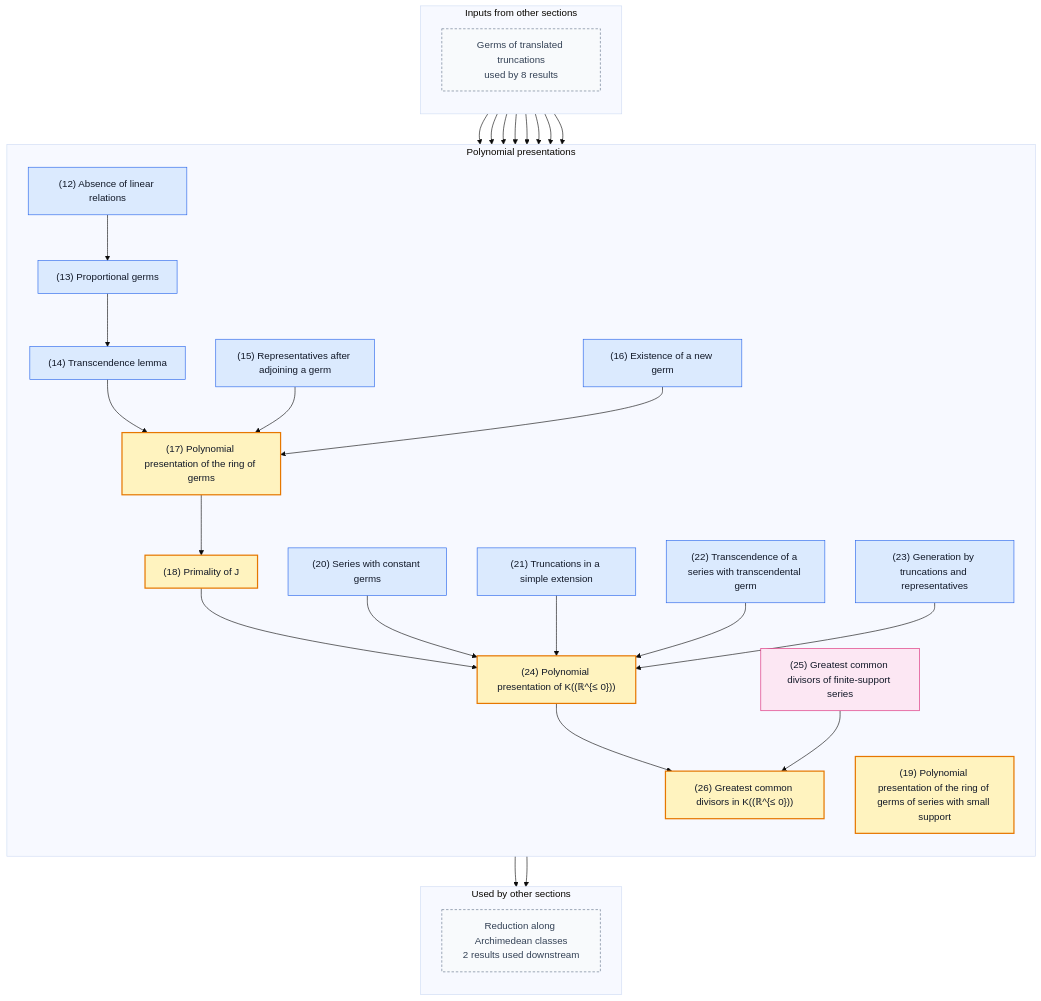
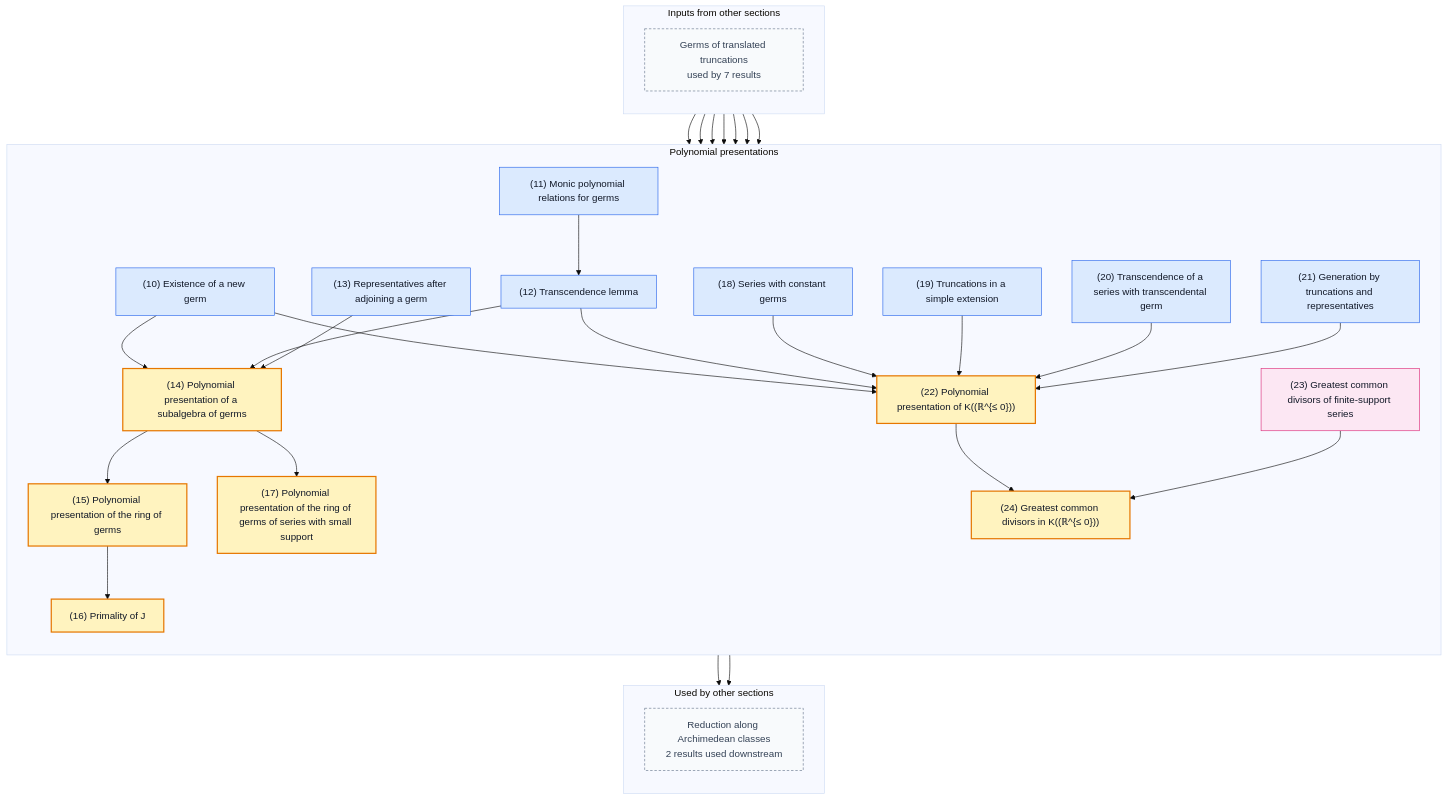
One commit to gaearon/conway-refinement changed the third of 5 diagrams in README.md. Above: the diagram before and after it, drawn with Mermaid (base theme). The commit also changed other lines of this file and 16 other files, not shown here.

````diff
--- a/README.md
+++ b/README.md
@@ -261,79 +252,80 @@
 ```mermaid
 %% Generated by scripts/blueprint.sh; do not edit.
 %% Other sections are compressed to boundary nodes.
 %% Solid arrows are proof dependencies; dashed arrows are statement dependencies.
 flowchart TB
   subgraph inputs["Inputs from other sections"]
     direction TB
-    in0["Germs of translated truncations<br/>used by 8 results"]:::boundary
+    in0["Germs of translated truncations<br/>used by 7 results"]:::boundary
   end
   subgraph current["Polynomial presentations"]
     direction TB
-    n012["(12) Absence of linear relations"]:::lemma
-    n013["(13) Proportional germs"]:::lemma
-    n014["(14) Transcendence lemma"]:::lemma
-    n015["(15) Representatives after adjoining a germ"]:::lemma
-    n016["(16) Existence of a new germ"]:::lemma
-    n017["(17) Polynomial presentation of the ring of germs"]:::theorem
-    n018["(18) Primality of J"]:::theorem
-    n019["(19) Polynomial presentation of the ring of germs of series with small support"]:::theorem
-    n020["(20) Series with constant germs"]:::lemma
-    n021["(21) Truncations in a simple extension"]:::lemma
-    n022["(22) Transcendence of a series with transcendental germ"]:::lemma
-    n023["(23) Generation by truncations and representatives"]:::lemma
-    n024["(24) Polynomial presentation of K((ℝ^{≤ 0}))"]:::theorem
-    n025["(25) Greatest common divisors of finite-support series"]:::fact
-    n026["(26) Greatest common divisors in K((ℝ^{≤ 0}))"]:::theorem
+    n010["(10) Existence of a new germ"]:::lemma
+    n011["(11) Monic polynomial relations for germs"]:::lemma
+    n012["(12) Transcendence lemma"]:::lemma
+    n013["(13) Representatives after adjoining a germ"]:::lemma
+    n014["(14) Polynomial presentation of a subalgebra of germs"]:::theorem
+    n015["(15) Polynomial presentation of the ring of germs"]:::theorem
+    n016["(16) Primality of J"]:::theorem
+    n017["(17) Polynomial presentation of the ring of germs of series with small support"]:::theorem
+    n018["(18) Series with constant germs"]:::lemma
+    n019["(19) Truncations in a simple extension"]:::lemma
+    n020["(20) Transcendence of a series with transcendental germ"]:::lemma
+    n021["(21) Generation by truncations and representatives"]:::lemma
+    n022["(22) Polynomial presentation of K((ℝ^{≤ 0}))"]:::theorem
+    n023["(23) Greatest common divisors of finite-support series"]:::fact
+    n024["(24) Greatest common divisors in K((ℝ^{≤ 0}))"]:::theorem
   end
   subgraph outputs["Used by other sections"]
     direction TB
     out0["Reduction along Archimedean classes<br/>2 results used downstream"]:::boundary
   end
 
-  n012 --> n013
+  n011 --> n012
+  n010 --> n014
+  n012 --> n014
   n013 --> n014
+  n014 --> n015
+  n015 --> n016
   n014 --> n017
-  n015 --> n017
-  n016 --> n017
-  n017 --> n018
-  n018 --> n024
-  n020 --> n024
-  n021 --> n024
+  n010 --> n022
+  n012 --> n022
+  n018 --> n022
+  n019 --> n022
+  n020 --> n022
+  n021 --> n022
   n022 --> n024
   n023 --> n024
-  n024 --> n026
-  n025 --> n026
-  in0 --> n012
-  in0 --> n015
-  in0 --> n016
+  in0 --> n010
+  in0 --> n011
+  in0 --> n013
+  in0 --> n018
   in0 --> n019
   in0 --> n020
   in0 --> n021
-  in0 --> n022
-  in0 --> n023
-  n026 --> out0
-  n019 --> out0
-  click n012 "https://gaearon.github.io/conway-refinement/#/result/no-linear-relation" "Open the statement for lemma 12"
-  click n013 "https://gaearon.github.io/conway-refinement/#/result/proportionality" "Open the statement for lemma 13"
-  click n014 "https://gaearon.github.io/conway-refinement/#/result/transcendence" "Open the statement for lemma 14"
-  click n015 "https://gaearon.github.io/conway-refinement/#/result/representatives-adjoin" "Open the statement for lemma 15"
-  click n016 "https://gaearon.github.io/conway-refinement/#/result/new-germ" "Open the statement for lemma 16"
-  click n017 "https://gaearon.github.io/conway-refinement/#/result/complete-hahn-germ-polynomial-algebra" "Open the statement for theorem 17"
-  click n018 "https://gaearon.github.io/conway-refinement/#/result/bounded-away-ideal-prime" "Open the statement for theorem 18"
-  click n019 "https://gaearon.github.io/conway-refinement/#/result/bounded-hahn-germ-polynomial-algebra" "Open the statement for theorem 19"
-  click n020 "https://gaearon.github.io/conway-refinement/#/result/constant-germs-finite-support" "Open the statement for lemma 20"
-  click n021 "https://gaearon.github.io/conway-refinement/#/result/truncations-of-simple-extension" "Open the statement for lemma 21"
-  click n022 "https://gaearon.github.io/conway-refinement/#/result/transcendental-series" "Open the statement for lemma 22"
-  click n023 "https://gaearon.github.io/conway-refinement/#/result/series-generation" "Open the statement for lemma 23"
-  click n024 "https://gaearon.github.io/conway-refinement/#/result/hahn-series-polynomial-algebra" "Open the statement for theorem 24"
-  click n025 "https://gaearon.github.io/conway-refinement/#/result/finite-support-hahn-gcd" "Open the statement for fact 25"
-  click n026 "https://gaearon.github.io/conway-refinement/#/result/hahn-series-gcd-domain" "Open the statement for theorem 26"
+  n024 --> out0
+  n017 --> out0
+  click n010 "https://gaearon.github.io/conway-refinement/#/result/new-germ" "Open the statement for lemma 10"
+  click n011 "https://gaearon.github.io/conway-refinement/#/result/monic-germ-relation" "Open the statement for lemma 11"
+  click n012 "https://gaearon.github.io/conway-refinement/#/result/transcendence" "Open the statement for lemma 12"
+  click n013 "https://gaearon.github.io/conway-refinement/#/result/representatives-adjoin" "Open the statement for lemma 13"
+  click n014 "https://gaearon.github.io/conway-refinement/#/result/germ-subalgebra-polynomial" "Open the statement for theorem 14"
+  click n015 "https://gaearon.github.io/conway-refinement/#/result/complete-hahn-germ-polynomial-algebra" "Open the statement for theorem 15"
+  click n016 "https://gaearon.github.io/conway-refinement/#/result/bounded-away-ideal-prime" "Open the statement for theorem 16"
+  click n017 "https://gaearon.github.io/conway-refinement/#/result/bounded-hahn-germ-polynomial-algebra" "Open the statement for theorem 17"
+  click n018 "https://gaearon.github.io/conway-refinement/#/result/constant-germs-finite-support" "Open the statement for lemma 18"
+  click n019 "https://gaearon.github.io/conway-refinement/#/result/truncations-of-simple-extension" "Open the statement for lemma 19"
+  click n020 "https://gaearon.github.io/conway-refinement/#/result/transcendental-series" "Open the statement for lemma 20"
+  click n021 "https://gaearon.github.io/conway-refinement/#/result/series-generation" "Open the statement for lemma 21"
+  click n022 "https://gaearon.github.io/conway-refinement/#/result/hahn-series-polynomial-algebra" "Open the statement for theorem 22"
+  click n023 "https://gaearon.github.io/conway-refinement/#/result/finite-support-hahn-gcd" "Open the statement for fact 23"
+  click n024 "https://gaearon.github.io/conway-refinement/#/result/hahn-series-gcd-domain" "Open the statement for theorem 24"
 
   classDef theorem fill:#fff3bf,stroke:#e67700,stroke-width:2px,color:#111827
   classDef definition fill:#f3f4f6,stroke:#4b5563,color:#111827
   classDef lemma fill:#dbeafe,stroke:#2563eb,color:#111827
   classDef proposition fill:#ede9fe,stroke:#7c3aed,color:#111827
   classDef corollary fill:#dcfce7,stroke:#16a34a,color:#111827
   classDef fact fill:#fce7f3,stroke:#db2777,color:#111827
   classDef boundary fill:#f8fafc,stroke:#64748b,stroke-dasharray:4 3,color:#334155
 ```
````
